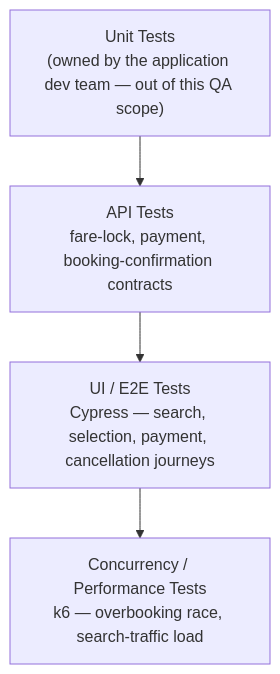
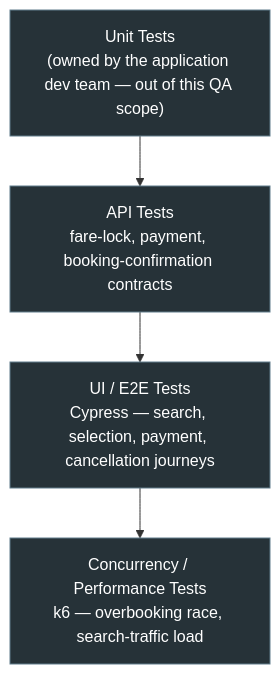
One commit to ghanendra-sdet/travel-marketplace-platform changed the first of 2 diagrams in docs/tech-and-skills.md. Above: the diagram before and after it, drawn with Mermaid. The commit also changed other lines of this file and 1 other file, not shown here.

Commit message:
docs: enrich architecture and tech-and-skills diagrams

````diff
--- a/docs/tech-and-skills.md
+++ b/docs/tech-and-skills.md
@@ -37,8 +37,11 @@
 ```mermaid
 flowchart TD
     UNIT["Unit Tests<br/>(owned by the application dev team — out of this QA scope)"]
     API["API Tests<br/>fare-lock, payment, booking-confirmation contracts"]
     UI["UI / E2E Tests<br/>Cypress — search, selection, payment, cancellation journeys"]
     CONC["Concurrency / Performance Tests<br/>k6 — overbooking race, search-traffic load"]
     UNIT --> API --> UI --> CONC
+
+    classDef layer fill:#263238,stroke:#607d8b,color:#fff
+    class UNIT,API,UI,CONC layer
 ```
````
